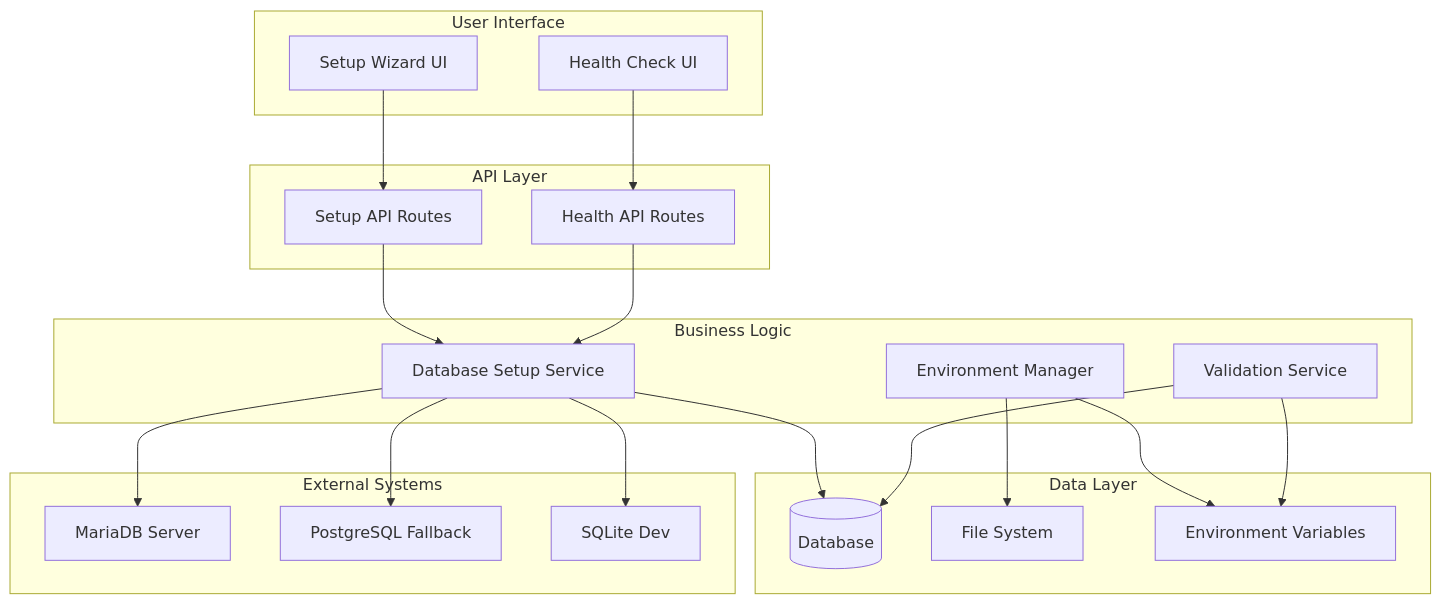
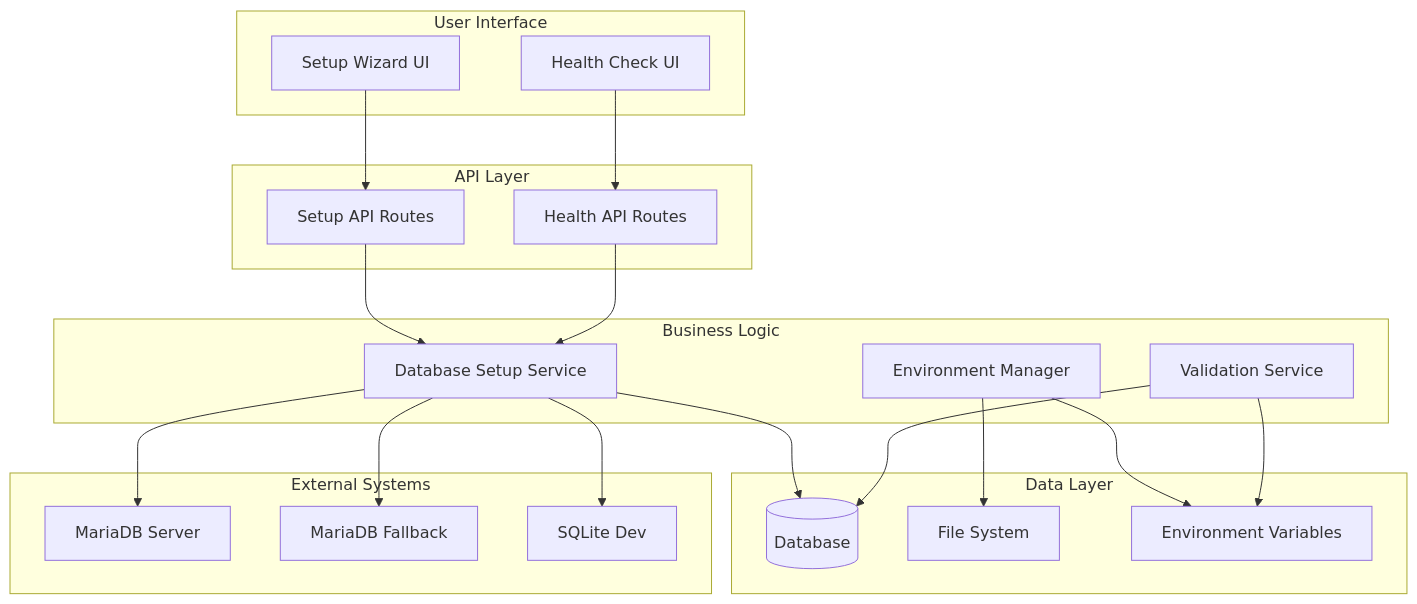
Before and after one commit to ArtisanClarinets/eccb.app: the first of 2 diagrams in docs/DATABASE_SETUP_ARCHITECTURE.md, drawn with Mermaid. The commit also changed other lines of this file and 17 other files, not shown here.

````diff
--- a/docs/DATABASE_SETUP_ARCHITECTURE.md
+++ b/docs/DATABASE_SETUP_ARCHITECTURE.md
@@ -16,43 +16,43 @@
 ```mermaid
 graph TB
     subgraph "User Interface"
         SW[Setup Wizard UI]
         HC[Health Check UI]
     end
 
     subgraph "API Layer"
         SA[Setup API Routes]
         HA[Health API Routes]
     end
 
     subgraph "Business Logic"
         DSS[Database Setup Service]
         EMS[Environment Manager]
         VCS[Validation Service]
     end
 
     subgraph "Data Layer"
         DB[(Database)]
         FS[File System]
         ENV[Environment Variables]
     end
 
     subgraph "External Systems"
         MA[MariaDB Server]
-        PG[PostgreSQL Fallback]
+        PG[MariaDB Fallback]
         SL[SQLite Dev]
     end
 
     SW --> SA
     HC --> HA
     SA --> DSS
     HA --> DSS
     DSS --> DB
     DSS --> MA
     DSS --> PG
     DSS --> SL
     EMS --> ENV
     EMS --> FS
     VCS --> ENV
     VCS --> DB
 ```
````
